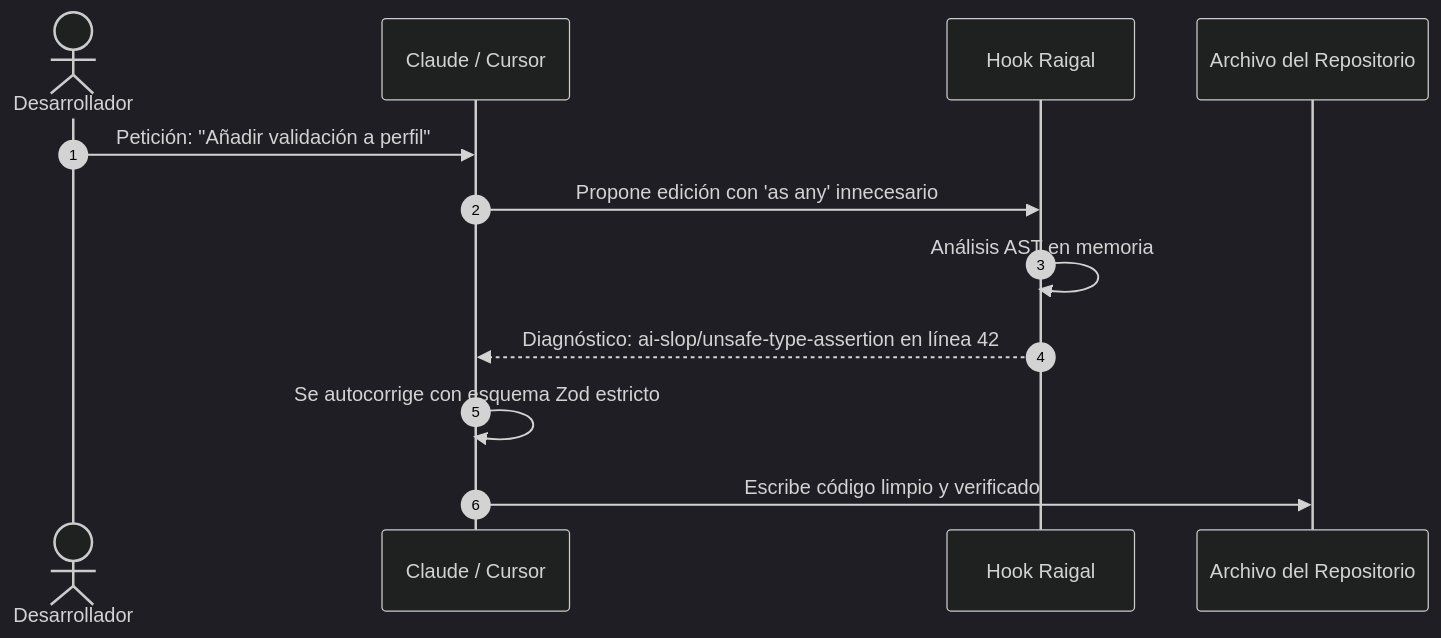
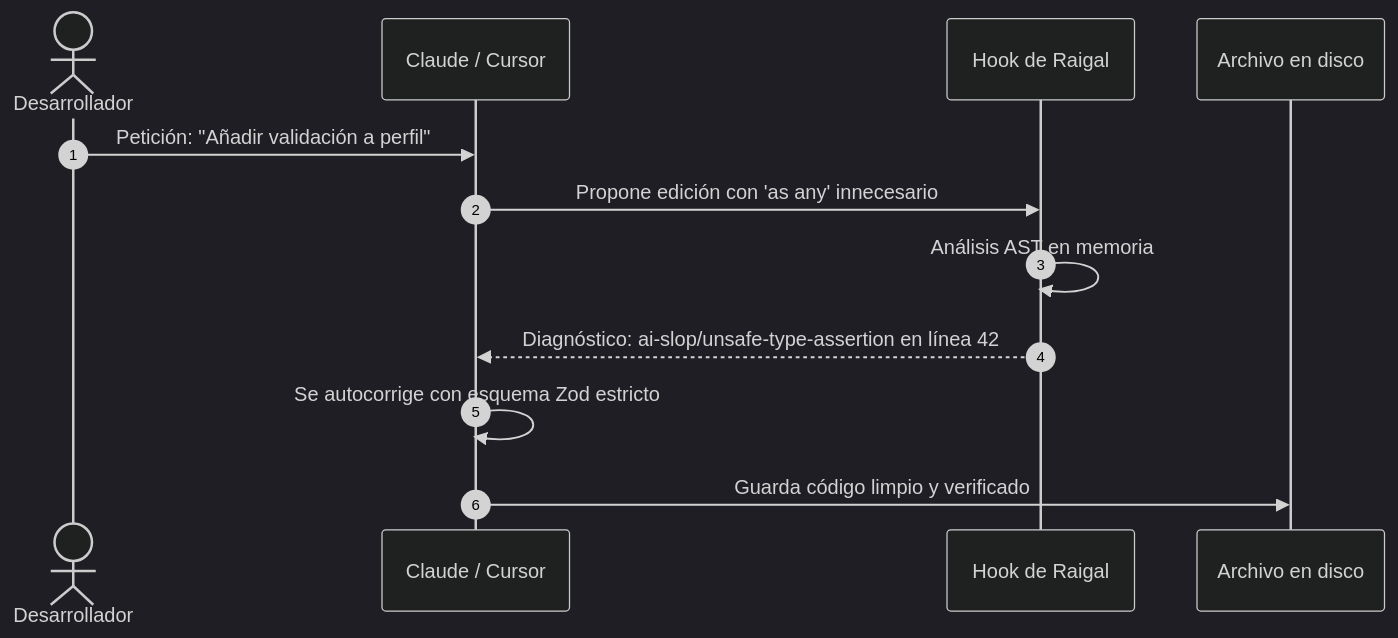
One commit to meethiu/raigal-docs changed the diagram in es/cli-reference/hooks.mdx. Above: the diagram before and after it, drawn with Mermaid (dark theme). The commit also changed other lines of this file and 34 other files, not shown here.

````diff
--- a/es/cli-reference/hooks.mdx
+++ b/es/cli-reference/hooks.mdx
@@ -16,14 +16,14 @@
 ```mermaid
 sequenceDiagram
     autonumber
     actor Desarrollador
     participant Agente as Claude / Cursor
-    participant Hook as Hook Raigal
-    participant Codigo as Archivo del Repositorio
+    participant Hook as Hook de Raigal
+    participant Codigo as Archivo en disco
     Desarrollador->>Agente: Petición: "Añadir validación a perfil"
     Agente->>Hook: Propone edición con 'as any' innecesario
     Hook->>Hook: Análisis AST en memoria
     Hook-->>Agente: Diagnóstico: ai-slop/unsafe-type-assertion en línea 42
     Agente->>Agente: Se autocorrige con esquema Zod estricto
-    Agente->>Codigo: Escribe código limpio y verificado
+    Agente->>Codigo: Guarda código limpio y verificado
 ```
````
